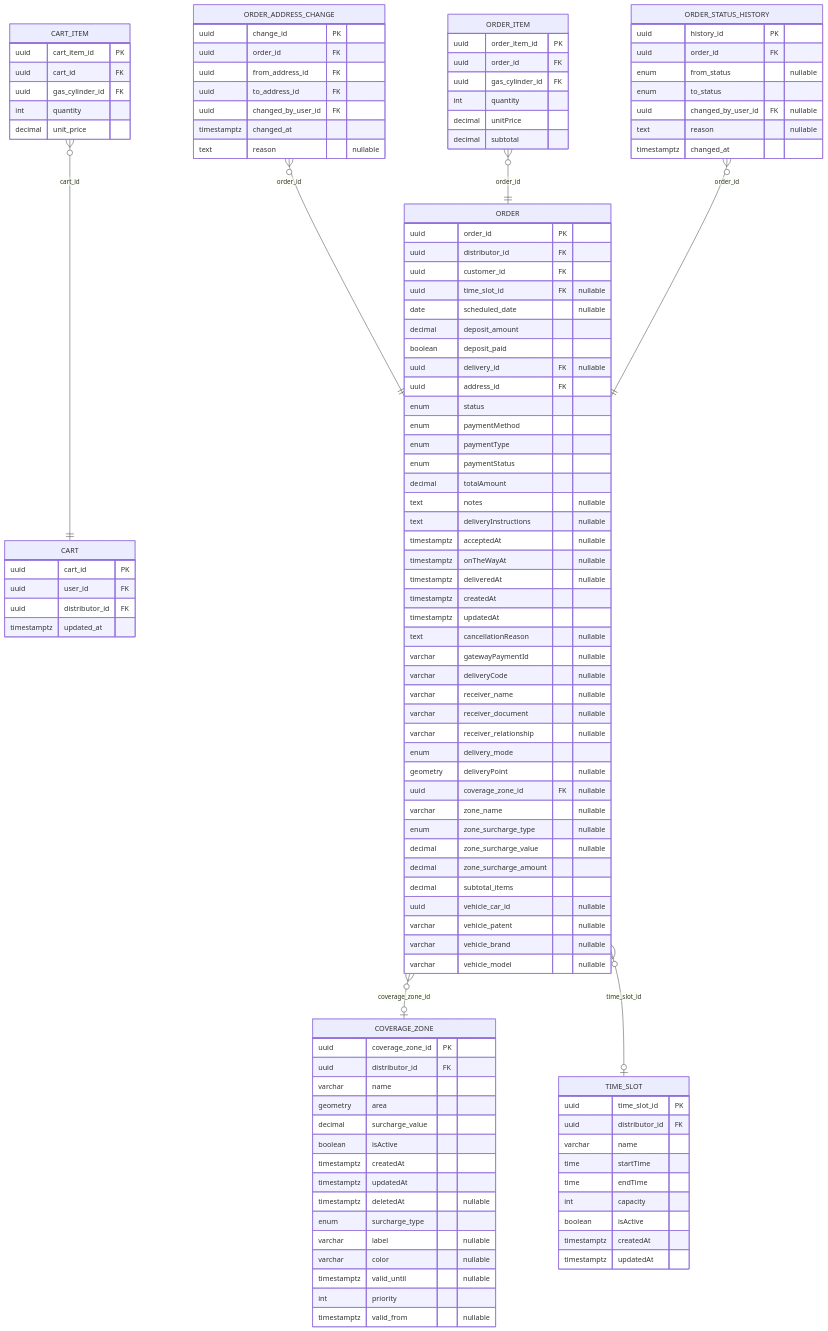
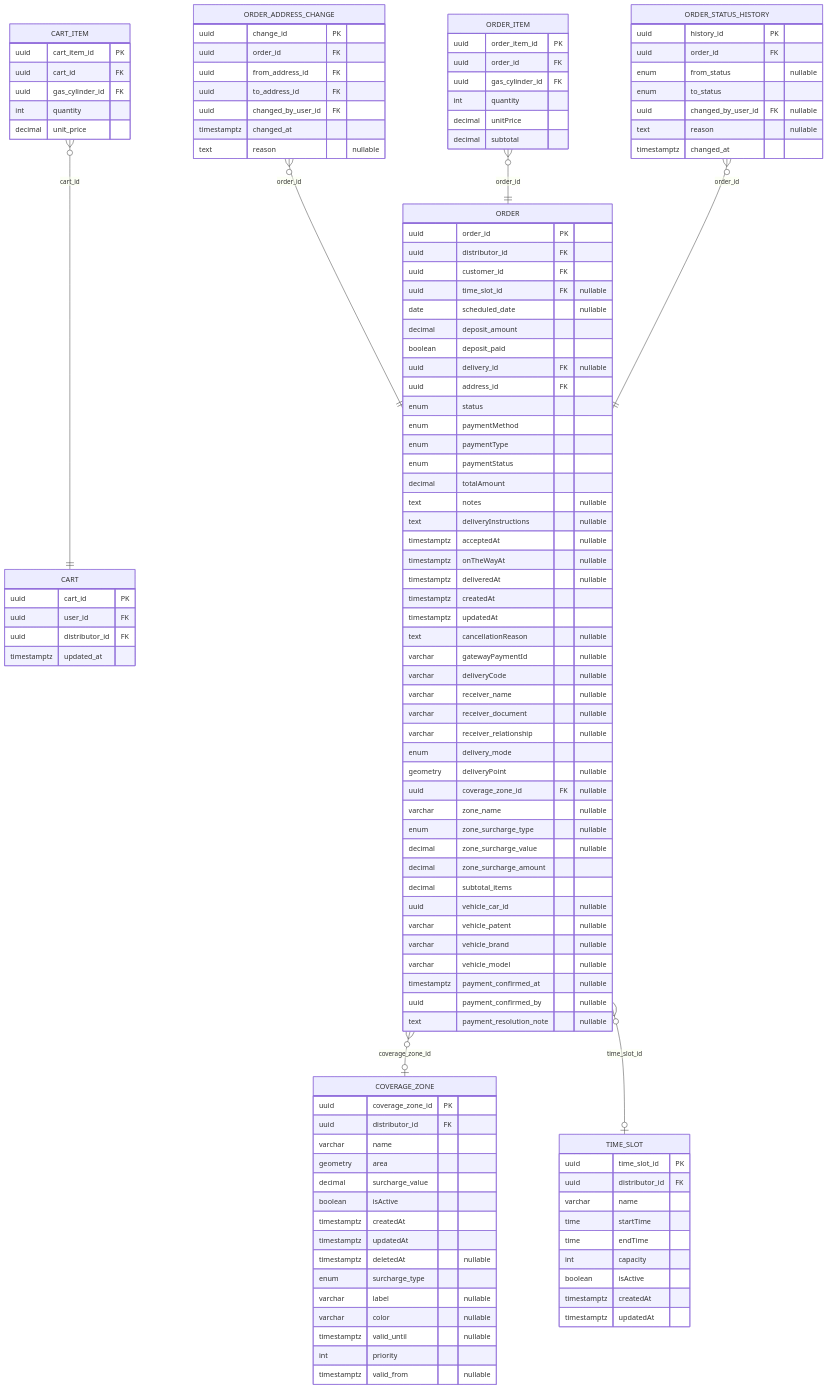
Before and after one commit to Nahuelito-Dev/splg-docs: the fourth of 15 diagrams in diagramas/base-de-datos/SPLG-der-mermaid.md, drawn with Mermaid. The commit also changed other lines of this file and 298 other files, not shown here.

```diff
--- a/diagramas/base-de-datos/SPLG-der-mermaid.md
+++ b/diagramas/base-de-datos/SPLG-der-mermaid.md
@@ -341,6 +344,9 @@
         varchar vehicle_patent "nullable"
         varchar vehicle_brand "nullable"
         varchar vehicle_model "nullable"
+        timestamptz payment_confirmed_at "nullable"
+        uuid payment_confirmed_by "nullable"
+        text payment_resolution_note "nullable"
     }
     ORDER_ADDRESS_CHANGE {
         uuid change_id PK
```
